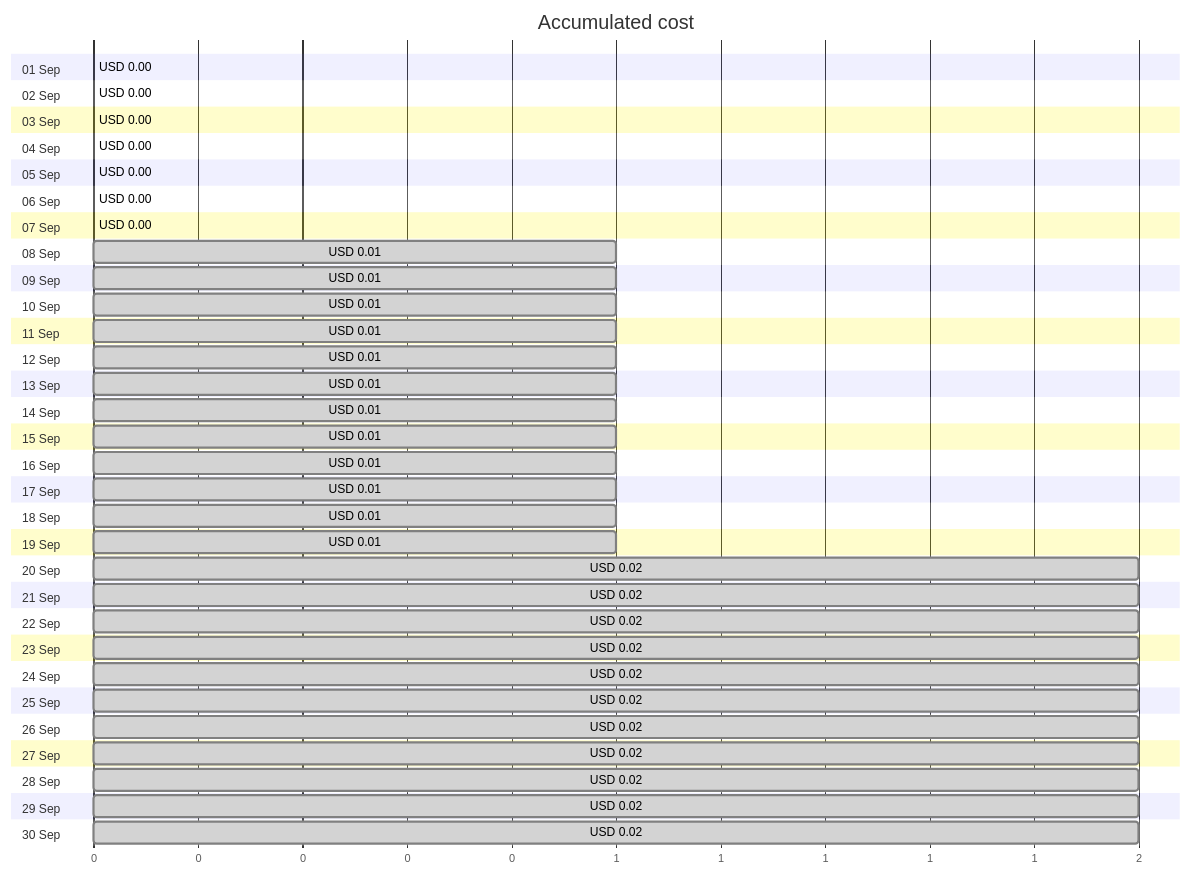
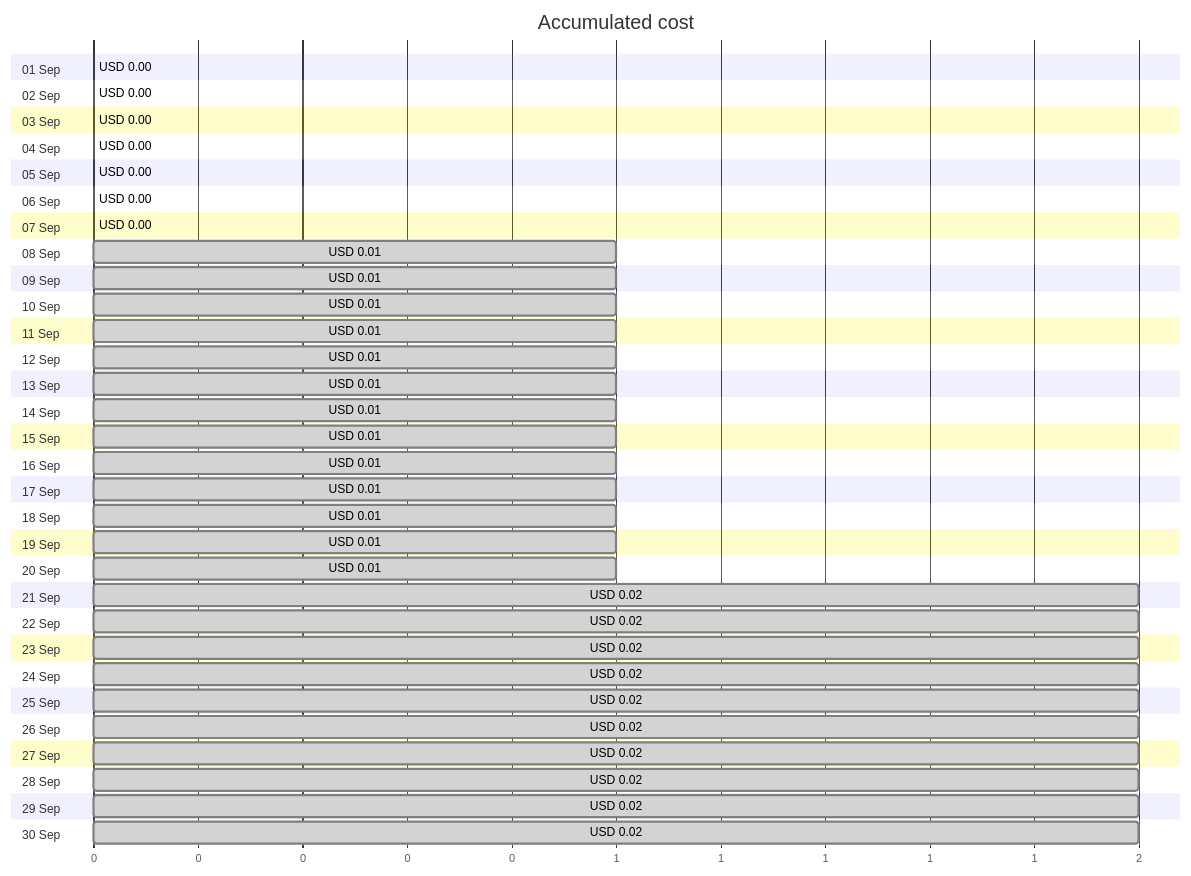
The first of 4 diagrams in cost-reports/personal-site/personalsiteapistorage.md (jpfulton/azure-personal-reports), drawn with Mermaid before and after one commit. The commit also changed other lines of this file and 6 other files, not shown here.

````diff
--- a/cost-reports/personal-site/personalsiteapistorage.md
+++ b/cost-reports/personal-site/personalsiteapistorage.md
@@ -20,66 +20,66 @@
 ```mermaid
 gantt
    title Accumulated cost
    dateFormat  X
    axisFormat %s
    section 01 Sep
    USD 0.00 :0, 0
    section 02 Sep
    USD 0.00 :0, 0
    section 03 Sep
    USD 0.00 :0, 0
    section 04 Sep
-   USD 0.00 : done, 0, 0
+   USD 0.00 :0, 0
    section 05 Sep
    USD 0.00 : done, 0, 0
    section 06 Sep
    USD 0.00 : done, 0, 0
    section 07 Sep
    USD 0.00 : done, 0, 0
    section 08 Sep
    USD 0.01 : done, 0, 1
    section 09 Sep
    USD 0.01 : done, 0, 1
    section 10 Sep
    USD 0.01 : done, 0, 1
    section 11 Sep
    USD 0.01 : done, 0, 1
    section 12 Sep
    USD 0.01 : done, 0, 1
    section 13 Sep
    USD 0.01 : done, 0, 1
    section 14 Sep
    USD 0.01 : done, 0, 1
    section 15 Sep
    USD 0.01 : done, 0, 1
    section 16 Sep
    USD 0.01 : done, 0, 1
    section 17 Sep
    USD 0.01 : done, 0, 1
    section 18 Sep
    USD 0.01 : done, 0, 1
    section 19 Sep
    USD 0.01 : done, 0, 1
    section 20 Sep
-   USD 0.02 : done, 0, 2
+   USD 0.01 : done, 0, 1
    section 21 Sep
    USD 0.02 : done, 0, 2
    section 22 Sep
    USD 0.02 : done, 0, 2
    section 23 Sep
    USD 0.02 : done, 0, 2
    section 24 Sep
    USD 0.02 : done, 0, 2
    section 25 Sep
    USD 0.02 : done, 0, 2
    section 26 Sep
    USD 0.02 : done, 0, 2
    section 27 Sep
    USD 0.02 : done, 0, 2
    section 28 Sep
    USD 0.02 : done, 0, 2
    section 29 Sep
    USD 0.02 : done, 0, 2
    section 30 Sep
    USD 0.02 : done, 0, 2
 ```
````
